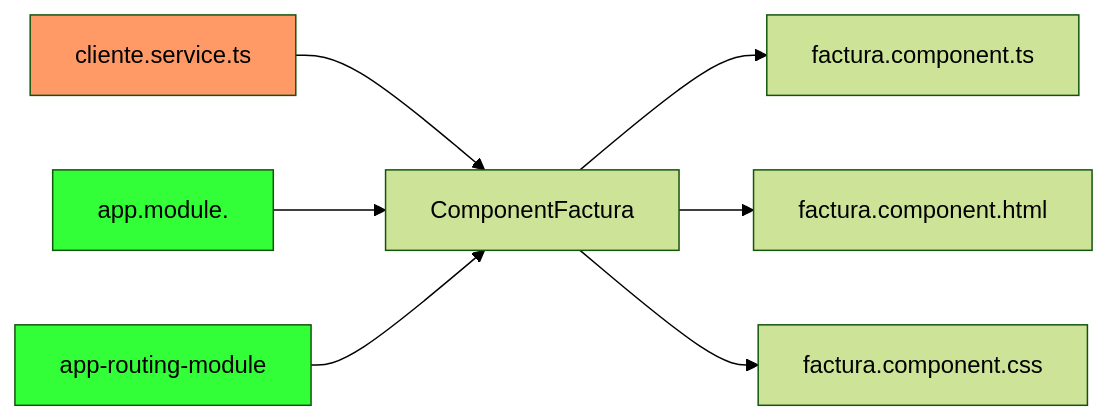
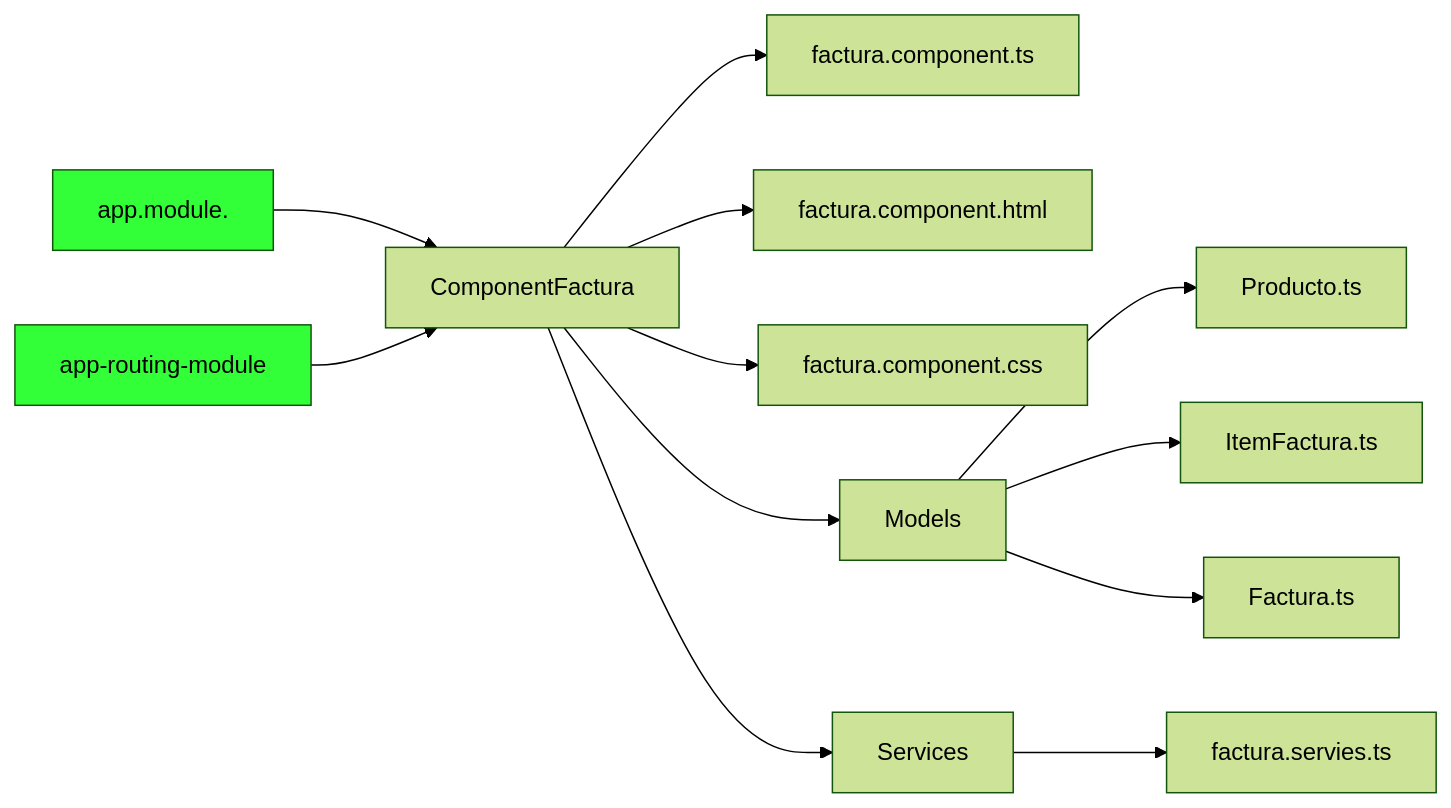
One commit to crodrigr/spring-boot-angular-confenalco changed the diagram in 02_Angular/08_Factura.md. Above: the diagram before and after it, drawn with Mermaid (forest theme).

````diff
--- a/02_Angular/08_Factura.md
+++ b/02_Angular/08_Factura.md
@@ -3,13 +3,17 @@
 ```mermaid
 flowchart LR
     A[ComponentFactura]-->C[factura.component.ts]
     A-->D[factura.component.html]
     A-->E[factura.component.css]
-    F[cliente.service.ts]:::someclass-->A
-    classDef someclass fill:#f96
-    G[app.module.]:::someclass1-->A
+    A-->G[Models]
+    G-->H[Producto.ts]
+    G-->J[ItemFactura.ts]
+    G-->I[Factura.ts]
+    A-->M[Services]
+    M-->S[factura.servies.ts]
+    Z[app.module.]:::someclass1-->A
     classDef someclass1 fill:#33FF39
-    H[app-routing-module]:::someclass1-->A
+    X[app-routing-module]:::someclass1-->A
     classDef someclass1 fill:#33FF39 
 
 ```
````
